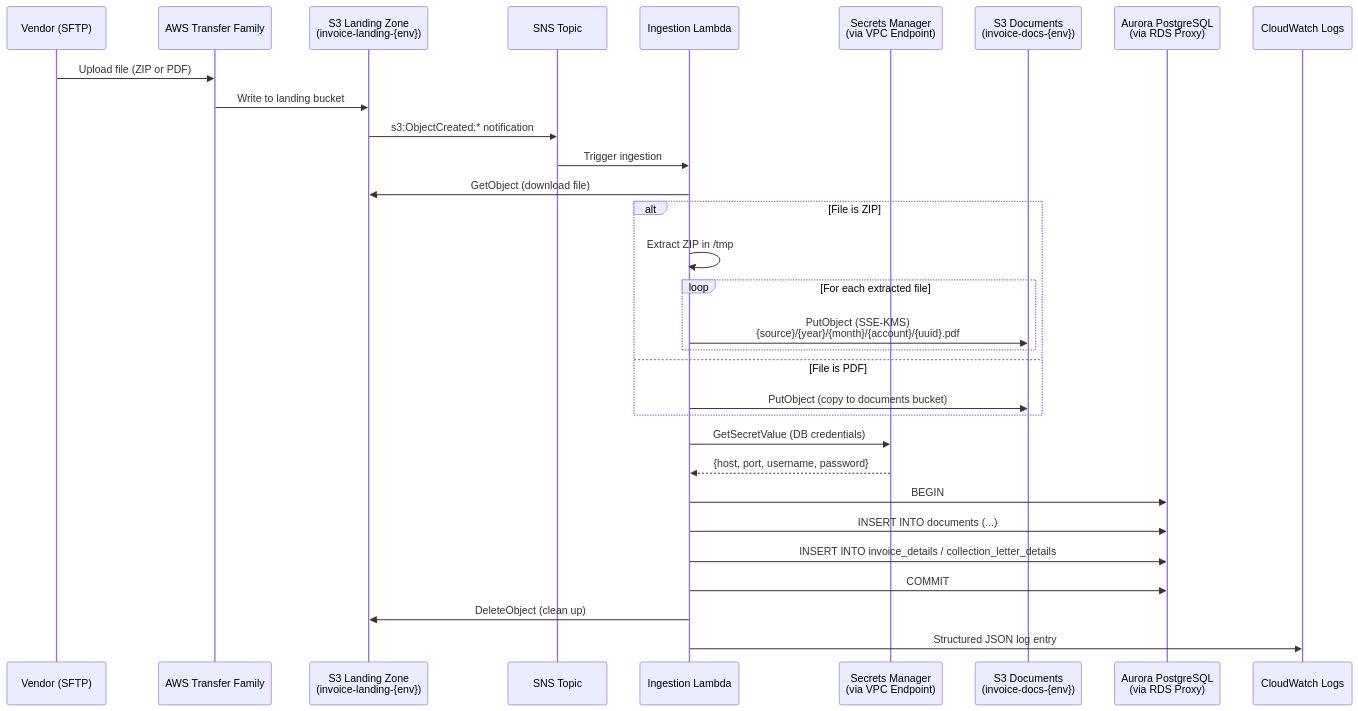
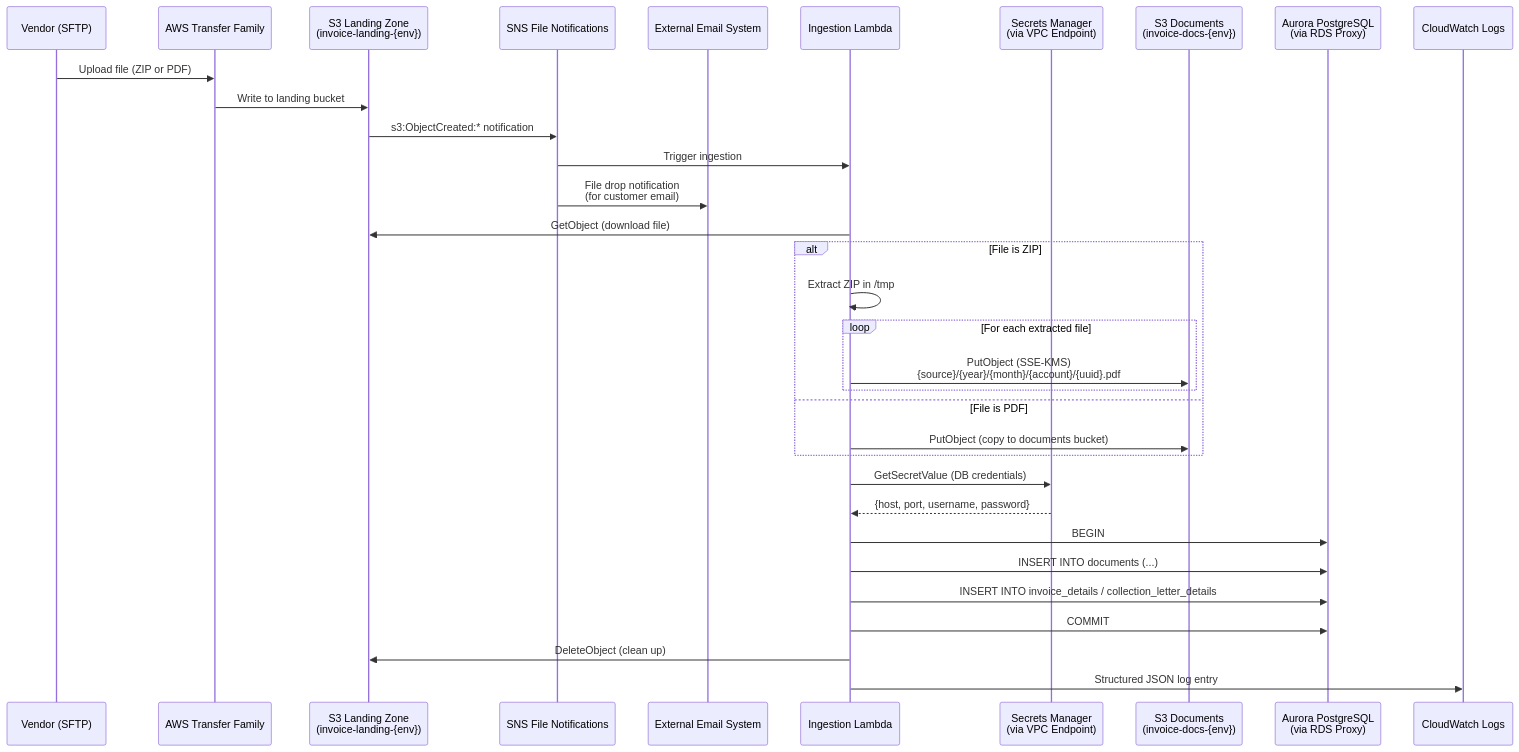
Before and after one commit to kumarmedasani/invoice-document-storage: the third of 10 diagrams in docs/ARCHITECTURE.md, drawn with Mermaid. The commit also changed other lines of this file and 20 other files, not shown here.

First line of the commit message:
Add Splunk log streaming via Firehose and file drop notifications

````diff
--- a/docs/ARCHITECTURE.md
+++ b/docs/ARCHITECTURE.md
@@ -127,34 +136,36 @@
 ```mermaid
 sequenceDiagram
     participant Vendor as Vendor (SFTP)
     participant SFTP as AWS Transfer Family
     participant Landing as S3 Landing Zone<br/>(invoice-landing-{env})
-    participant SNS as SNS Topic
+    participant SNS as SNS File Notifications
+    participant ExtEmail as External Email System
     participant Lambda as Ingestion Lambda
     participant SM as Secrets Manager<br/>(via VPC Endpoint)
     participant S3 as S3 Documents<br/>(invoice-docs-{env})
     participant DB as Aurora PostgreSQL<br/>(via RDS Proxy)
     participant CW as CloudWatch Logs
 
     Vendor->>SFTP: Upload file (ZIP or PDF)
     SFTP->>Landing: Write to landing bucket
     Landing->>SNS: s3:ObjectCreated:* notification
     SNS->>Lambda: Trigger ingestion
+    SNS->>ExtEmail: File drop notification<br/>(for customer email)
     Lambda->>Landing: GetObject (download file)
     alt File is ZIP
         Lambda->>Lambda: Extract ZIP in /tmp
         loop For each extracted file
             Lambda->>S3: PutObject (SSE-KMS)<br/>{source}/{year}/{month}/{account}/{uuid}.pdf
         end
     else File is PDF
         Lambda->>S3: PutObject (copy to documents bucket)
     end
     Lambda->>SM: GetSecretValue (DB credentials)
     SM-->>Lambda: {host, port, username, password}
     Lambda->>DB: BEGIN
     Lambda->>DB: INSERT INTO documents (...)
     Lambda->>DB: INSERT INTO invoice_details / collection_letter_details
     Lambda->>DB: COMMIT
     Lambda->>Landing: DeleteObject (clean up)
     Lambda->>CW: Structured JSON log entry
 ```
````
